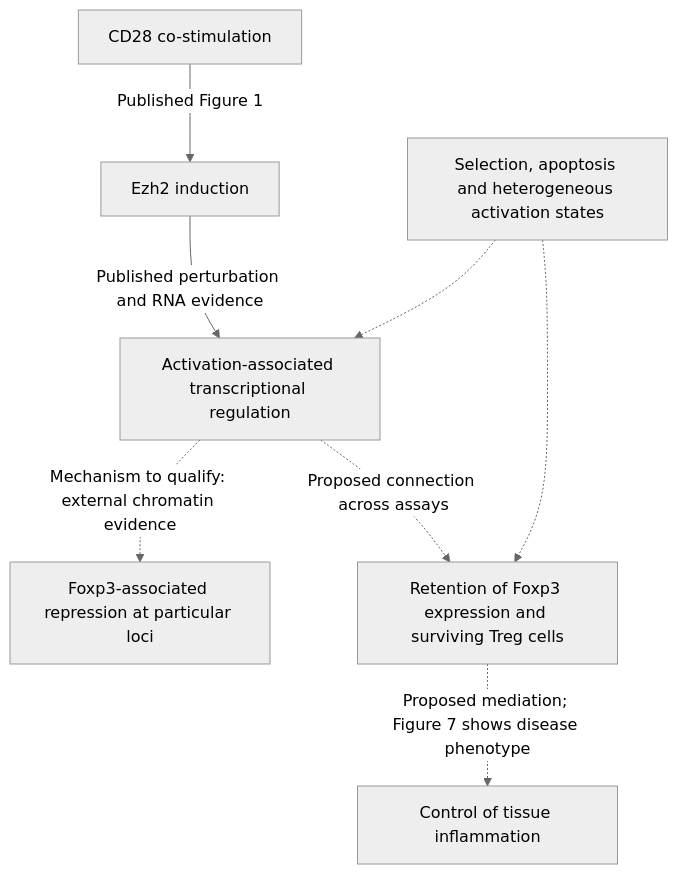
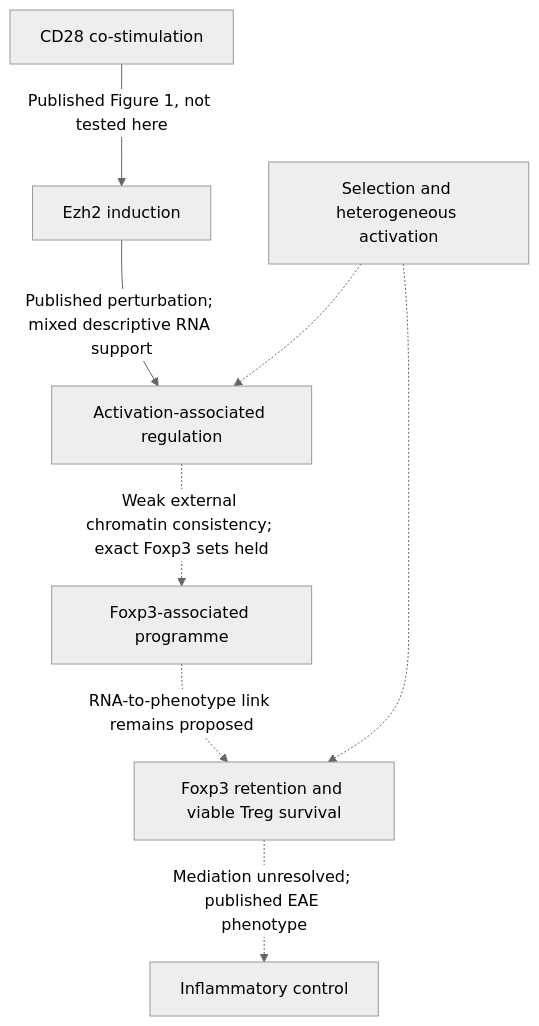
Before and after one commit to xorca0711/ravel: the diagram in Research Article/gate3_09_dupage_2015/README.md, drawn with Mermaid (neutral theme). The commit also changed other lines of this file and 21 other files, not shown here.

````diff
--- a/Research Article/gate3_09_dupage_2015/README.md
+++ b/Research Article/gate3_09_dupage_2015/README.md
@@ -24,10 +39,10 @@
 ```mermaid
 flowchart TD
-  A[CD28 co-stimulation] -->|Published Figure 1| B[Ezh2 induction]
-  B -->|Published perturbation and RNA evidence| C[Activation-associated transcriptional regulation]
-  C -.->|Mechanism to qualify: external chromatin evidence| D[Foxp3-associated repression at particular loci]
-  C -.->|Proposed connection across assays| E[Retention of Foxp3 expression and surviving Treg cells]
-  E -.->|Proposed mediation; Figure 7 shows disease phenotype| F[Control of tissue inflammation]
-  G[Selection, apoptosis and heterogeneous activation states] -.-> C
+  A[CD28 co-stimulation] -->|Published Figure 1, not tested here| B[Ezh2 induction]
+  B -->|Published perturbation; mixed descriptive RNA support| C[Activation-associated regulation]
+  C -.->|Weak external chromatin consistency; exact Foxp3 sets held| D[Foxp3-associated programme]
+  D -.->|RNA-to-phenotype link remains proposed| E[Foxp3 retention and viable Treg survival]
+  E -.->|Mediation unresolved; published EAE phenotype| F[Inflammatory control]
+  G[Selection and heterogeneous activation] -.-> C
   G -.-> E
 ```
````
